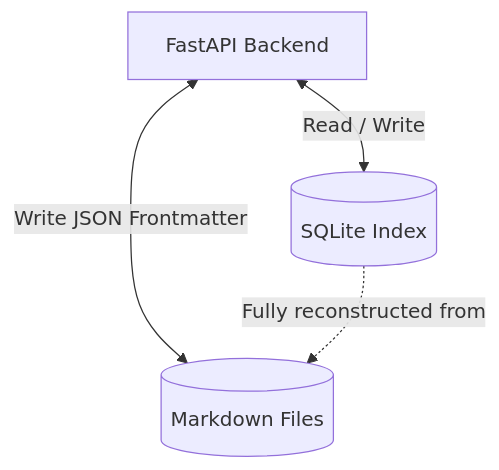
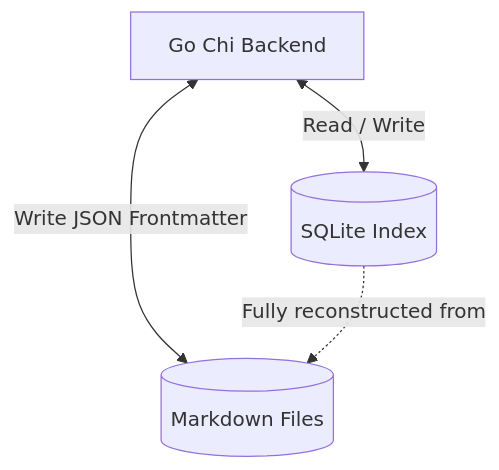
Before and after one commit to simon123h/Jotter: the second of 4 diagrams in docs/developer/architecture.md, drawn with Mermaid. The commit also changed other lines of this file and 24 other files, not shown here.

````diff
--- a/docs/developer/architecture.md
+++ b/docs/developer/architecture.md
@@ -51,6 +51,6 @@
 ```mermaid
 flowchart TD
-    API[FastAPI Backend] <-->|Write JSON Frontmatter| Files[(Markdown Files)]
+    API[Go Chi Backend] <-->|Write JSON Frontmatter| Files[(Markdown Files)]
     API <-->|Read / Write| DB[(SQLite Index)]
     DB -.->|Fully reconstructed from| Files
 ```
````
